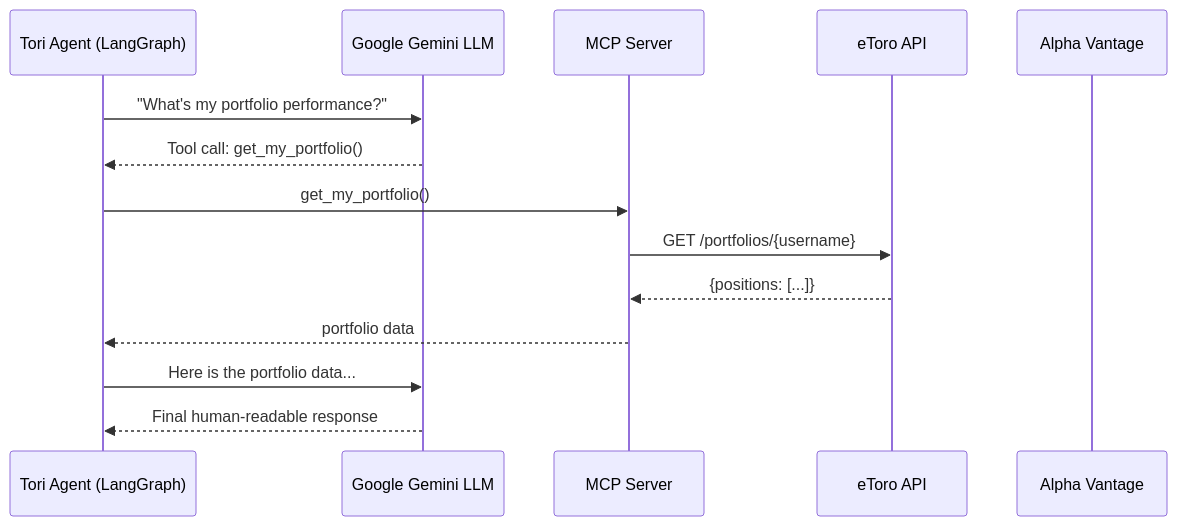
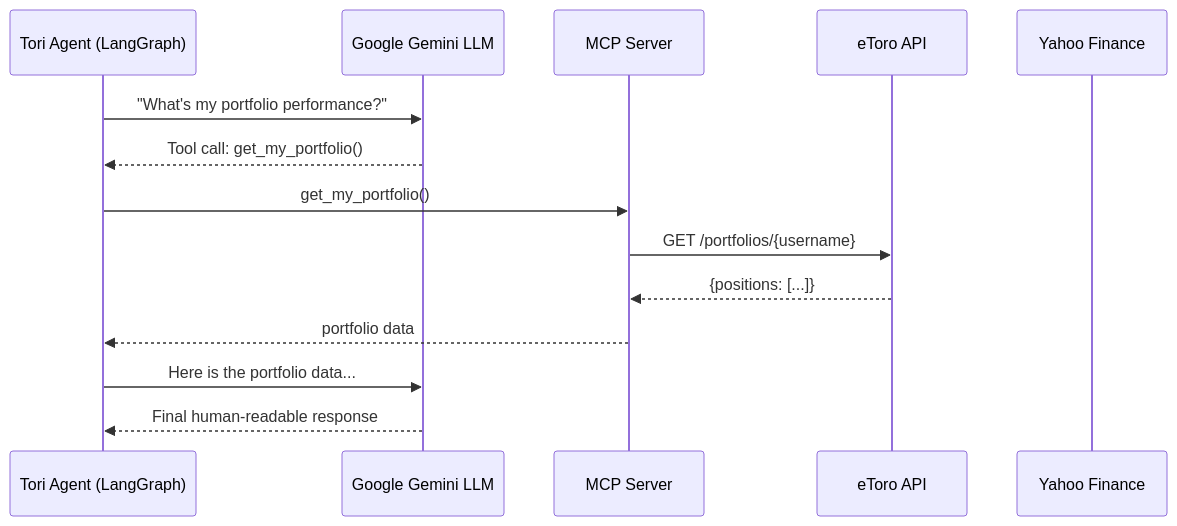
One commit to banmepls/Virtual-Personal-Finance-Advisor changed the diagram in docs-vault/07 - MCP Server.md. Above: the diagram before and after it, drawn with Mermaid. The commit also changed other lines of this file and 26 other files, not shown here.

````diff
--- a/docs-vault/07 - MCP Server.md
+++ b/docs-vault/07 - MCP Server.md
@@ -114,17 +114,17 @@
 ```mermaid
 sequenceDiagram
     participant Tori as Tori Agent (LangGraph)
     participant Gemini as Google Gemini LLM
     participant MCP as MCP Server
     participant eToro as eToro API
-    participant AV as Alpha Vantage
+    participant AV as Yahoo Finance
 
     Tori->>Gemini: "What's my portfolio performance?"
     Gemini-->>Tori: Tool call: get_my_portfolio()
     Tori->>MCP: get_my_portfolio()
     MCP->>eToro: GET /portfolios/{username}
     eToro-->>MCP: {positions: [...]}
     MCP-->>Tori: portfolio data
     Tori->>Gemini: Here is the portfolio data...
     Gemini-->>Tori: Final human-readable response
 ```
````
